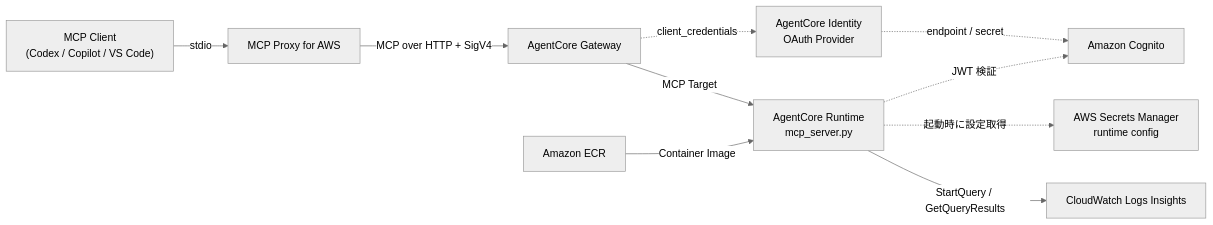
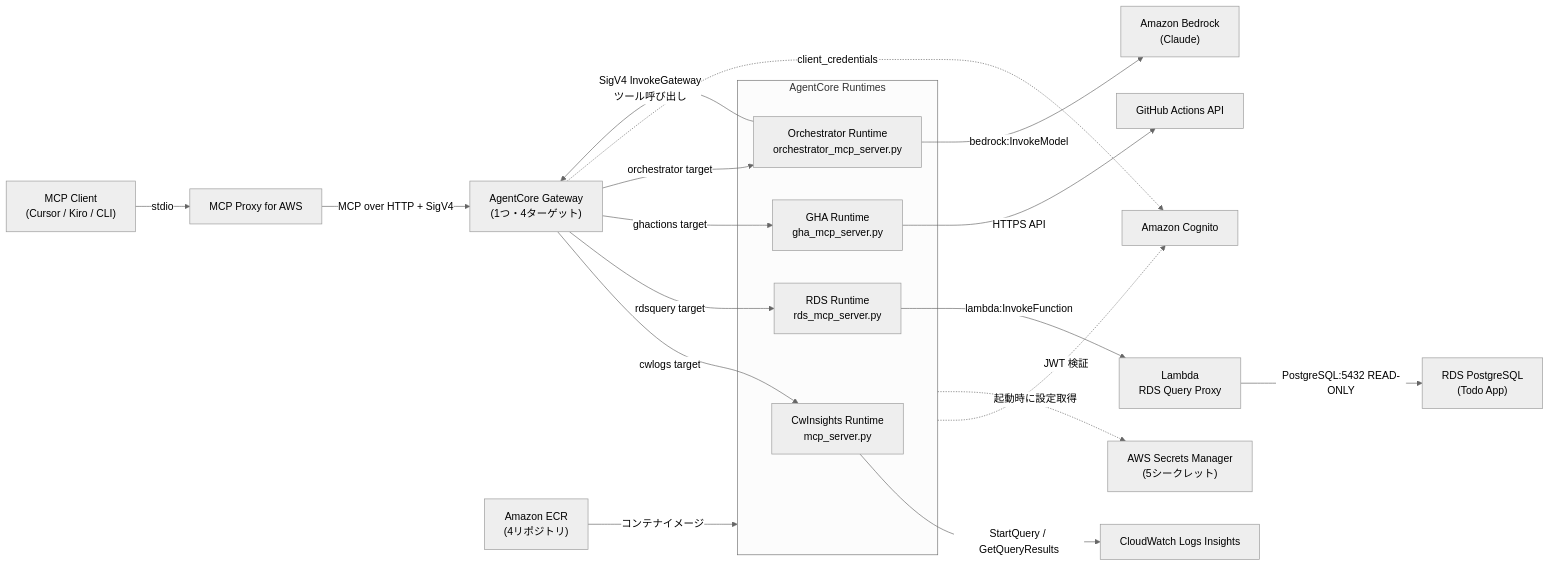
One commit to matthewTechCom/devops_agent changed the first of 2 diagrams in docs/project-structure.md. Above: the diagram before and after it, drawn with Mermaid (neutral theme). The commit also changed other lines of this file, not shown here.

````diff
--- a/docs/project-structure.md
+++ b/docs/project-structure.md
@@ -7,22 +8,42 @@
 ```mermaid
 flowchart LR
-  Client["MCP Client\n(Codex / Copilot / VS Code)"]
+  Client["MCP Client\n(Cursor / Kiro / CLI)"]
   Proxy["MCP Proxy for AWS"]
-  Gateway["AgentCore Gateway"]
-  Runtime["AgentCore Runtime\nmcp_server.py"]
+  Gateway["AgentCore Gateway\n(1つ・4ターゲット)"]
+
+  subgraph Runtimes["AgentCore Runtimes"]
+    CW["CwInsights Runtime\nmcp_server.py"]
+    RDS["RDS Runtime\nrds_mcp_server.py"]
+    GHA["GHA Runtime\ngha_mcp_server.py"]
+    ORCH["Orchestrator Runtime\norchestrator_mcp_server.py"]
+  end
+
   CloudWatch["CloudWatch Logs Insights"]
+  Lambda["Lambda\nRDS Query Proxy"]
+  RDSDb["RDS PostgreSQL\n(Todo App)"]
+  GitHub["GitHub Actions API"]
+  Bedrock["Amazon Bedrock\n(Claude)"]
+
   Cognito["Amazon Cognito"]
-  OAuthProvider["AgentCore Identity\nOAuth Provider"]
-  ECR["Amazon ECR"]
-  Secrets["AWS Secrets Manager\nruntime config"]
+  ECR["Amazon ECR\n(4リポジトリ)"]
+  Secrets["AWS Secrets Manager\n(5シークレット)"]
 
   Client -->|stdio| Proxy
   Proxy -->|MCP over HTTP + SigV4| Gateway
-  Gateway -->|MCP Target| Runtime
-  Runtime -->|StartQuery / GetQueryResults| CloudWatch
-  Runtime -. 起動時に設定取得 .-> Secrets
-  Runtime -. JWT 検証 .-> Cognito
-  Gateway -. client_credentials .-> OAuthProvider
-  OAuthProvider -. endpoint / secret .-> Cognito
-  ECR -->|Container Image| Runtime
+  Gateway -->|cwlogs target| CW
+  Gateway -->|rdsquery target| RDS
+  Gateway -->|ghactions target| GHA
+  Gateway -->|orchestrator target| ORCH
+
+  CW -->|StartQuery / GetQueryResults| CloudWatch
+  RDS -->|lambda:InvokeFunction| Lambda
+  Lambda -->|PostgreSQL:5432 READ-ONLY| RDSDb
+  GHA -->|HTTPS API| GitHub
+  ORCH -->|bedrock:InvokeModel| Bedrock
+  ORCH -->|SigV4 InvokeGateway\nツール呼び出し| Gateway
+
+  Runtimes -. JWT 検証 .-> Cognito
+  Gateway -. client_credentials .-> Cognito
+  ECR -->|コンテナイメージ| Runtimes
+  Runtimes -. 起動時に設定取得 .-> Secrets
 ```
````
